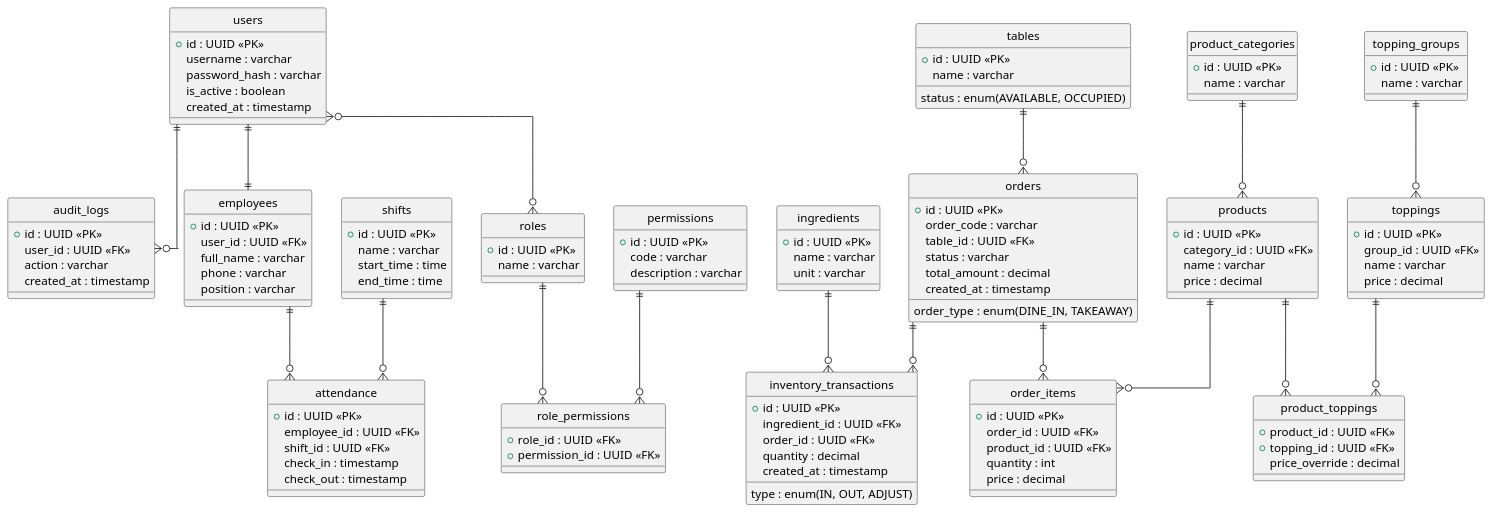
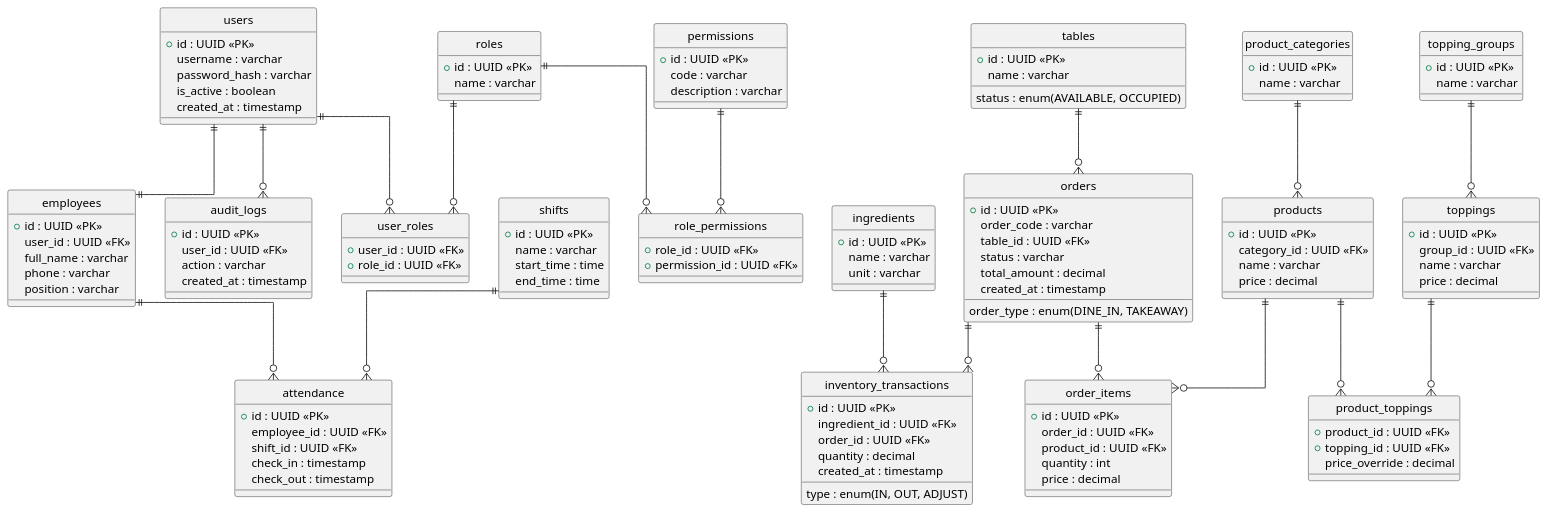
One commit to HHuongDuong/AutoManager changed the diagram in docs/ERD - AutoManager.md. Above: the diagram before and after it, drawn with PlantUML. The commit also changed other lines of this file and 12 other files, not shown here.

```diff
--- a/docs/ERD - AutoManager.md
+++ b/docs/ERD - AutoManager.md
@@ -41,6 +41,11 @@
   +permission_id : UUID <<FK>>
 }
 
+entity user_roles {
+  +user_id : UUID <<FK>>
+  +role_id : UUID <<FK>>
+}
+
 entity audit_logs {
   +id : UUID <<PK>>
   user_id : UUID <<FK>>
@@ -49,7 +54,8 @@
 }
 
 users ||--|| employees
-users }o--o{ roles
+users ||--o{ user_roles
+roles ||--o{ user_roles
 roles ||--o{ role_permissions
 permissions ||--o{ role_permissions
 users ||--o{ audit_logs
```
